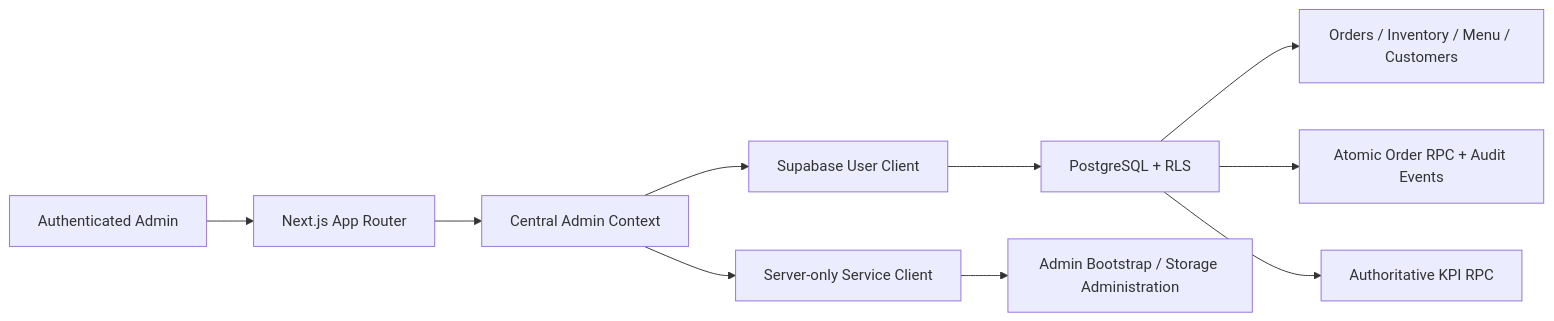
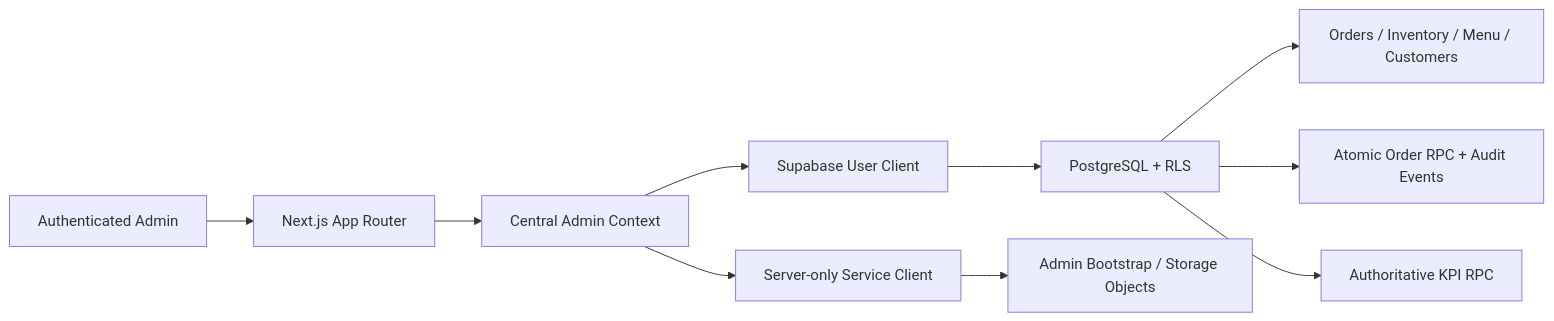
The diagram in README.md (skybridgecx-code/mogrillz-ops-app), drawn with Mermaid before and after one commit. The commit also changed other lines of this file, not shown here.

````diff
--- a/README.md
+++ b/README.md
@@ -26,12 +26,12 @@
 ```mermaid
 flowchart LR
     A[Authenticated Admin] --> B[Next.js App Router]
     B --> C[Central Admin Context]
     C --> D[Supabase User Client]
     D --> E[PostgreSQL + RLS]
     E --> F[Orders / Inventory / Menu / Customers]
     E --> G[Atomic Order RPC + Audit Events]
     E --> H[Authoritative KPI RPC]
     C --> I[Server-only Service Client]
-    I --> J[Admin Bootstrap / Storage Administration]
+    I --> J[Admin Bootstrap / Storage Objects]
 ```
````
